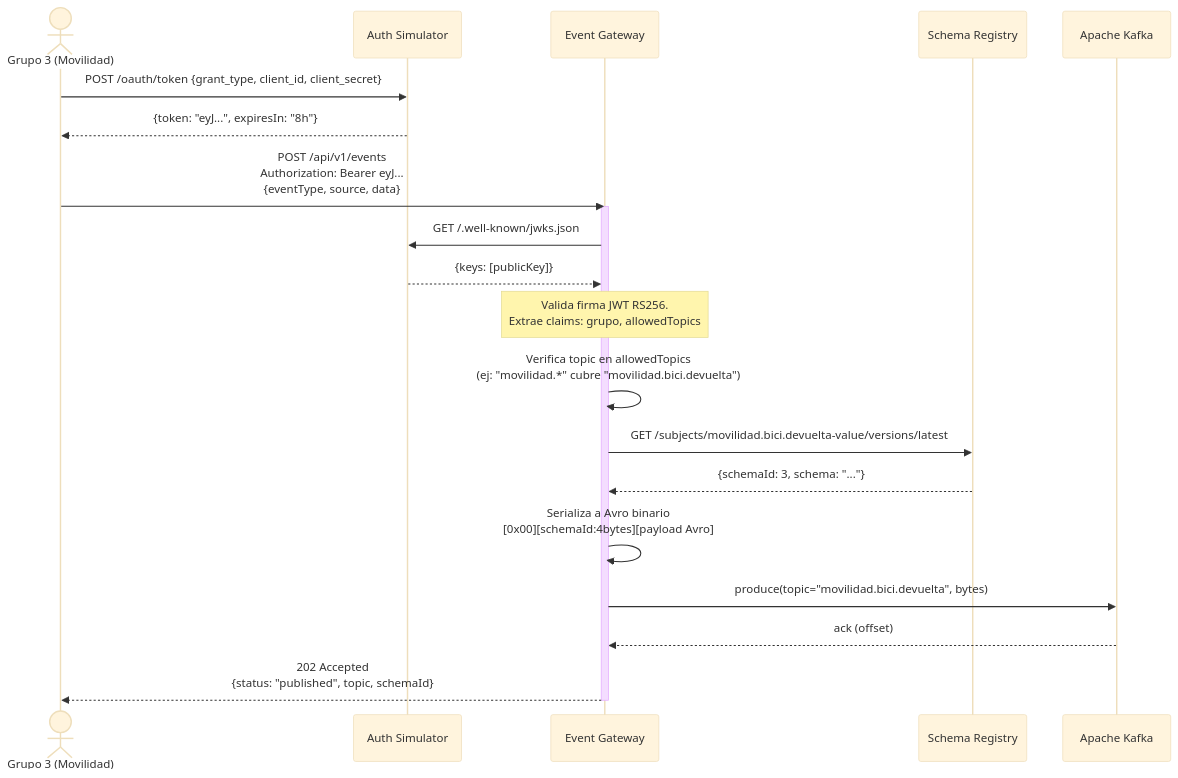
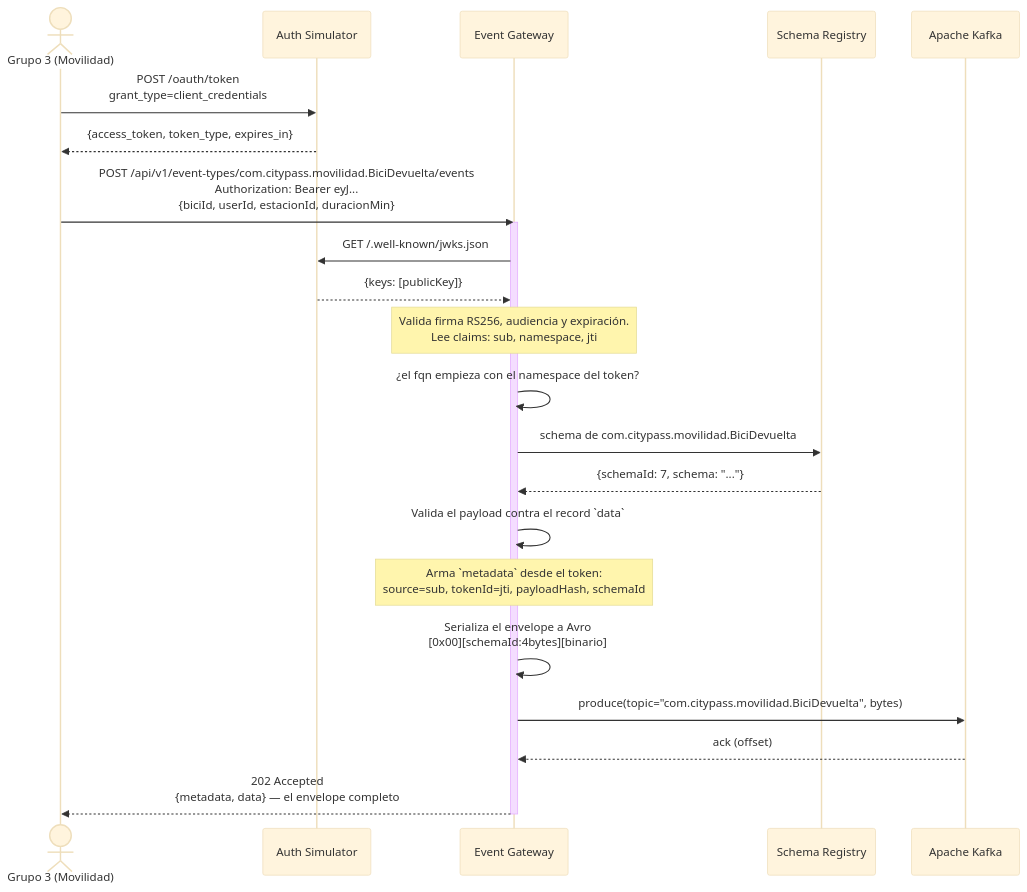
The first of 3 diagrams in docs/diagrams/secuencias.md (carlos-illobre/citypass-event-gateway), drawn with Mermaid (base theme) before and after one commit. The commit also changed other lines of this file and 33 other files, not shown here.

````diff
--- a/docs/diagrams/secuencias.md
+++ b/docs/diagrams/secuencias.md
@@ -5,31 +5,34 @@
 ```mermaid
 sequenceDiagram
     actor G3 as Grupo 3 (Movilidad)
     participant Auth as Auth Simulator
     participant Proxy as Event Gateway
     participant SR as Schema Registry
     participant Kafka as Apache Kafka
 
-    G3->>Auth: POST /oauth/token {grant_type, client_id, client_secret}
-    Auth-->>G3: {token: "eyJ...", expiresIn: "8h"}
+    G3->>Auth: POST /oauth/token<br/>grant_type=client_credentials
+    Auth-->>G3: {access_token, token_type, expires_in}
 
-    G3->>Proxy: POST /api/v1/events<br/>Authorization: Bearer eyJ...<br/>{eventType, source, data}
-    
+    G3->>Proxy: POST /api/v1/event-types/com.citypass.movilidad.BiciDevuelta/events<br/>Authorization: Bearer eyJ...<br/>{biciId, userId, estacionId, duracionMin}
+
     activate Proxy
     Proxy->>Auth: GET /.well-known/jwks.json
     Auth-->>Proxy: {keys: [publicKey]}
-    Note over Proxy: Valida firma JWT RS256.<br/>Extrae claims: grupo, allowedTopics
+    Note over Proxy: Valida firma RS256, audiencia y expiración.<br/>Lee claims: sub, namespace, jti
 
-    Proxy->>Proxy: Verifica topic en allowedTopics<br/>(ej: "movilidad.*" cubre "movilidad.bici.devuelta")
+    Proxy->>Proxy: ¿el fqn empieza con el namespace del token?
 
-    Proxy->>SR: GET /subjects/movilidad.bici.devuelta-value/versions/latest
-    SR-->>Proxy: {schemaId: 3, schema: "..."}
+    Proxy->>SR: schema de com.citypass.movilidad.BiciDevuelta
+    SR-->>Proxy: {schemaId: 7, schema: "..."}
 
-    Proxy->>Proxy: Serializa a Avro binario<br/>[0x00][schemaId:4bytes][payload Avro]
+    Proxy->>Proxy: Valida el payload contra el record `data`
+    Note over Proxy: Arma `metadata` desde el token:<br/>source=sub, tokenId=jti, payloadHash, schemaId
 
-    Proxy->>Kafka: produce(topic="movilidad.bici.devuelta", bytes)
+    Proxy->>Proxy: Serializa el envelope a Avro<br/>[0x00][schemaId:4bytes][binario]
+
+    Proxy->>Kafka: produce(topic="com.citypass.movilidad.BiciDevuelta", bytes)
     Kafka-->>Proxy: ack (offset)
-    
-    Proxy-->>G3: 202 Accepted<br/>{status: "published", topic, schemaId}
+
+    Proxy-->>G3: 202 Accepted<br/>{metadata, data} — el envelope completo
     deactivate Proxy
 ```
````
